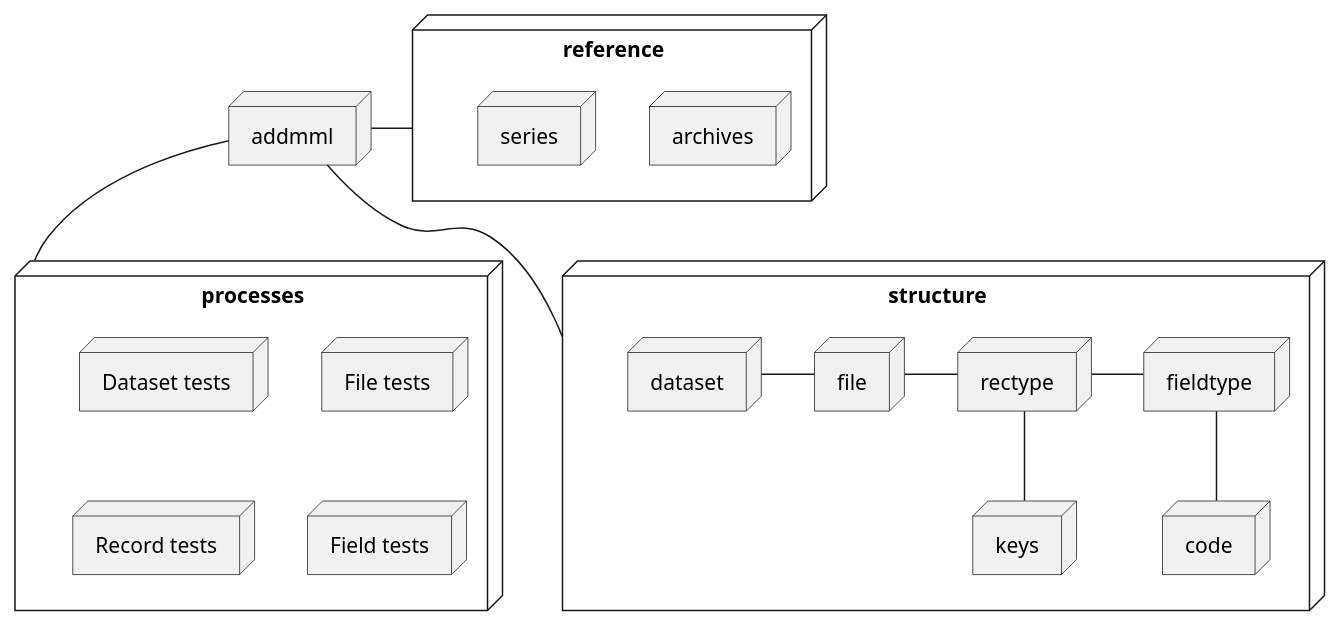
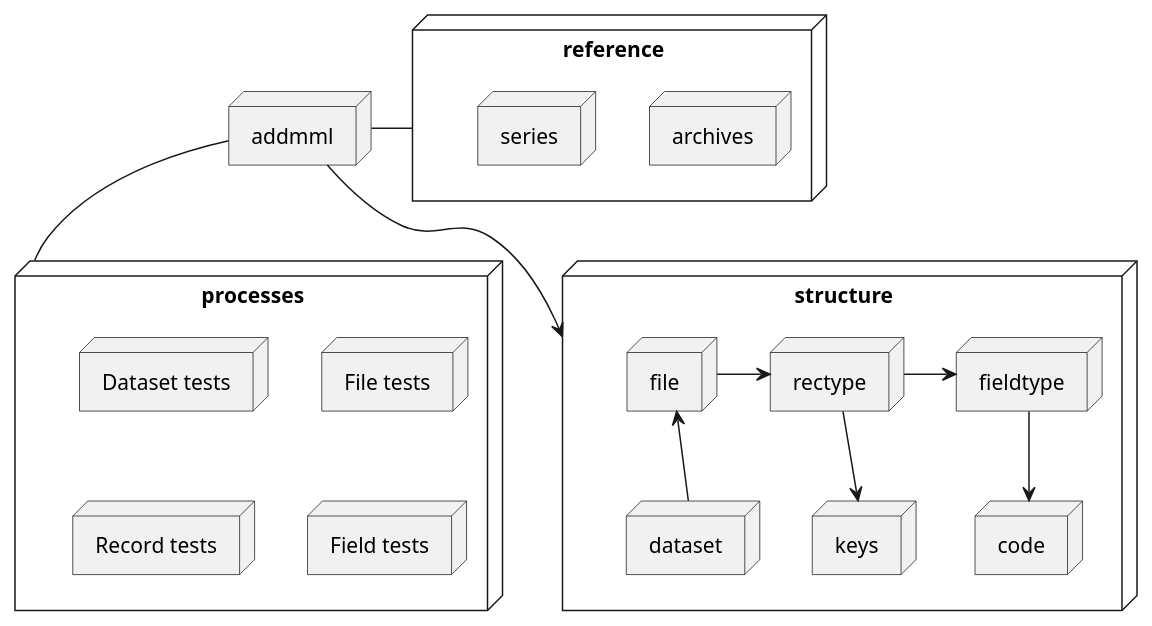
One commit to joergen-vs/73027c42-c2cd-4c62-b1f4-2532c0eb8dab changed the diagram in usage/aspirations/umls/addmml_v7.puml. Above: the diagram before and after it, drawn with PlantUML.

```diff
--- a/usage/aspirations/umls/addmml_v7.puml
+++ b/usage/aspirations/umls/addmml_v7.puml
@@ -1,35 +1,35 @@
 @startuml
 node addmml
 
 addmml -- processes
 addmml - reference
 
 node reference{
     node archives
     node series
 }
 
 node structure {
     node dataset
     node file
     node rectype
     node keys
     node fieldtype
     node code
-    dataset - file
-    file - rectype
-    rectype -- keys
-    rectype - fieldtype
-    fieldtype -- code
+    file <-- dataset
+    file -> rectype
+    rectype --> keys
+    rectype -> fieldtype
+    fieldtype --> code
 }
 
-addmml -- structure
+addmml --> structure
 
 node processes {
     node "Dataset tests"
     node "File tests"
     node "Record tests"
     node "Field tests"
 }
 
 @enduml
```
